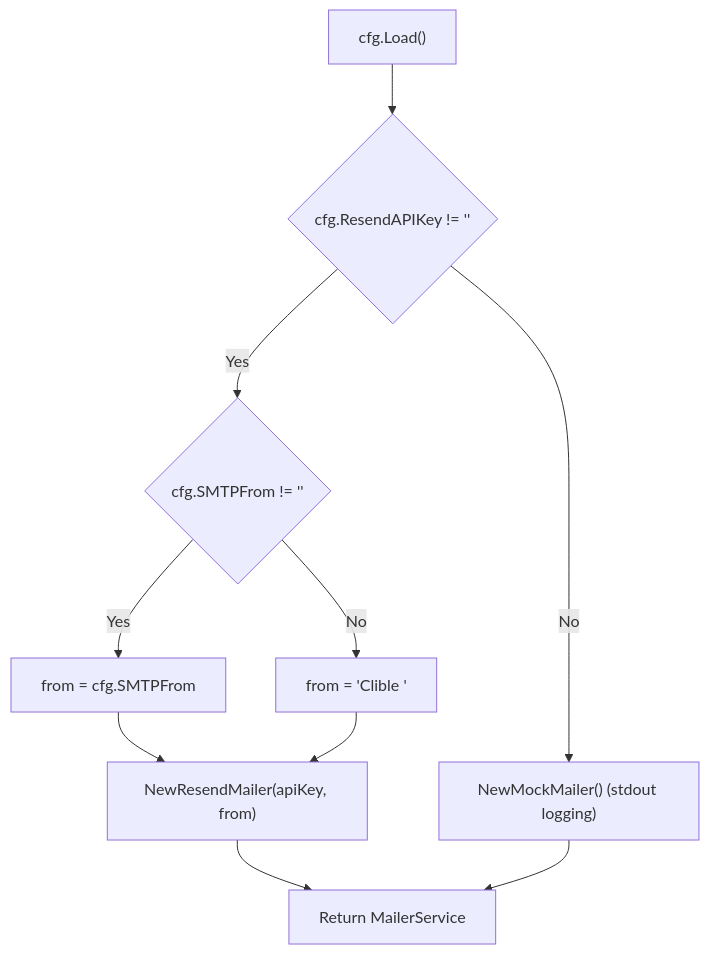
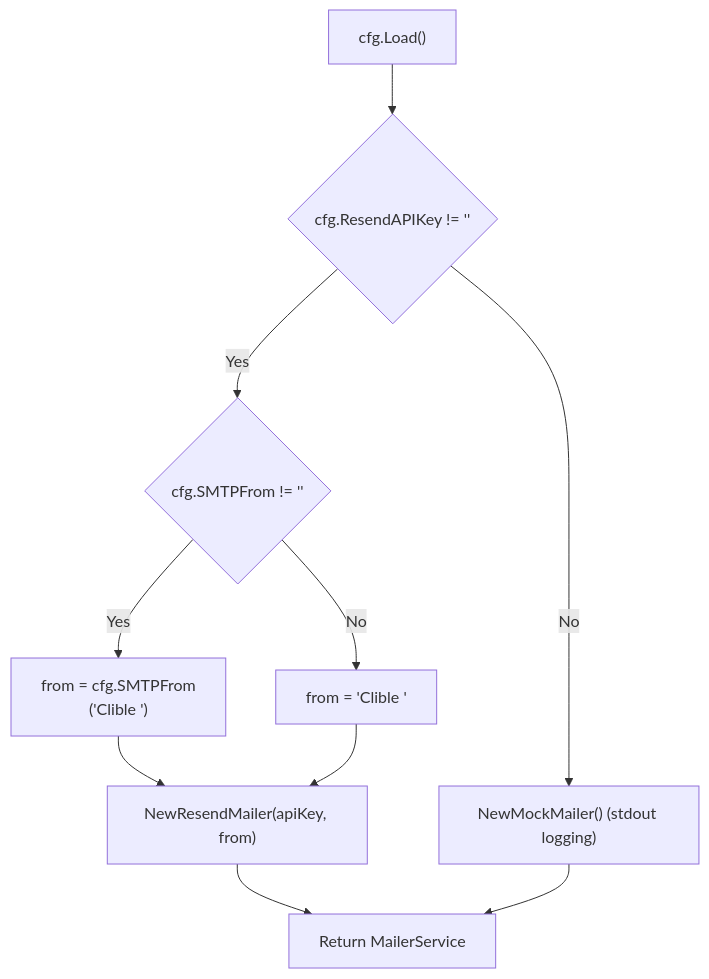
One commit to mvirtai/clible-v3-go changed the second of 2 diagrams in pr_stories/076-feat-resend-mailer-integration.md. Above: the diagram before and after it, drawn with Mermaid. The commit also changed other lines of this file and 1 other file, not shown here.

````diff
--- a/pr_stories/076-feat-resend-mailer-integration.md
+++ b/pr_stories/076-feat-resend-mailer-integration.md
@@ -56,13 +56,13 @@
 ```mermaid
 flowchart TD
     Start["cfg.Load()"] --> CheckResend{"cfg.ResendAPIKey != ''"}
     CheckResend -->|"Yes"| ResolveSender{"cfg.SMTPFrom != ''"}
-    ResolveSender -->|"Yes"| UseCustomSender["from = cfg.SMTPFrom"]
+    ResolveSender -->|"Yes"| UseCustomSender["from = cfg.SMTPFrom<br/>('Clible <noreply@mail.clible.fi>')"]
     ResolveSender -->|"No"| UseDefaultSender["from = 'Clible <onboarding@resend.dev>'"]
     UseCustomSender --> InitResend["NewResendMailer(apiKey, from)"]
     UseDefaultSender --> InitResend
     InitResend --> ReturnService["Return MailerService"]
 
     CheckResend -->|"No"| FallbackMock["NewMockMailer() (stdout logging)"]
     FallbackMock --> ReturnService
 ```
````
